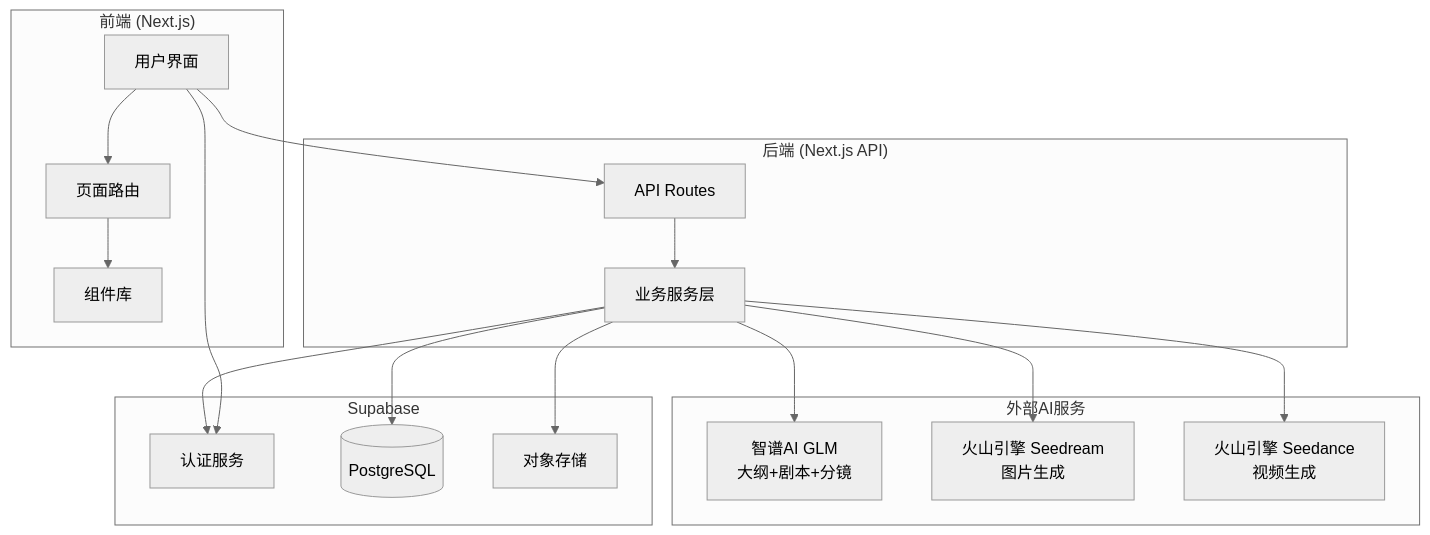
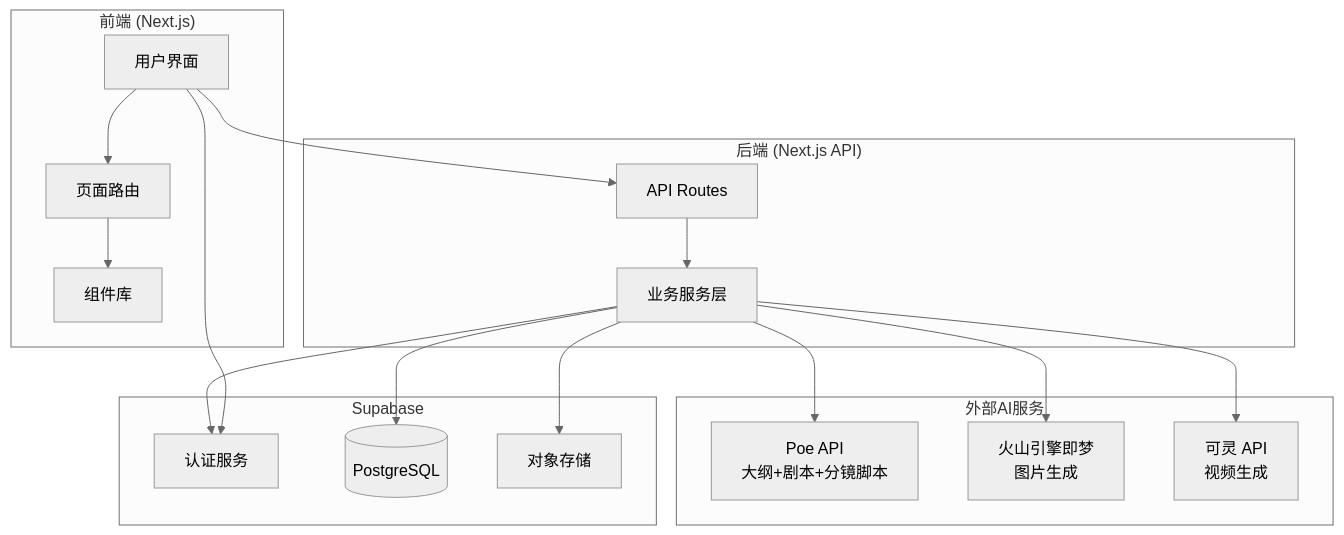
The first of 5 diagrams in architecture.md (syghhhhh/AutoDrama), drawn with Mermaid (neutral theme) before and after one commit. The commit also changed other lines of this file and 3 other files, not shown here.

````diff
--- a/architecture.md
+++ b/architecture.md
@@ -56,37 +63,37 @@
 ```mermaid
 graph TB
     subgraph Frontend["前端 (Next.js)"]
         UI[用户界面]
         Pages[页面路由]
         Components[组件库]
     end
 
     subgraph Backend["后端 (Next.js API)"]
         API[API Routes]
         Services[业务服务层]
     end
 
     subgraph Supabase["Supabase"]
         Auth[认证服务]
         DB[(PostgreSQL)]
         Storage[对象存储]
     end
 
     subgraph External["外部AI服务"]
-        Zhipu[智谱AI GLM<br/>大纲+剧本+分镜]
-        VolcImage[火山引擎 Seedream<br/>图片生成]
-        VolcVideo[火山引擎 Seedance<br/>视频生成]
+        Poe[Poe API<br/>大纲+剧本+分镜脚本]
+        Jimeng[火山引擎即梦<br/>图片生成]
+        Kling[可灵 API<br/>视频生成]
     end
 
     UI --> Pages
     Pages --> Components
     UI --> API
     UI --> Auth
     API --> Services
     Services --> Auth
     Services --> DB
     Services --> Storage
-    Services --> Zhipu
-    Services --> VolcImage
-    Services --> VolcVideo
+    Services --> Poe
+    Services --> Jimeng
+    Services --> Kling
 ```
````
